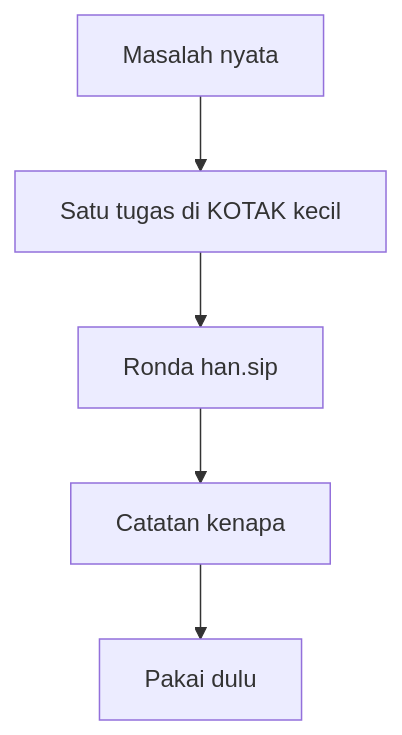
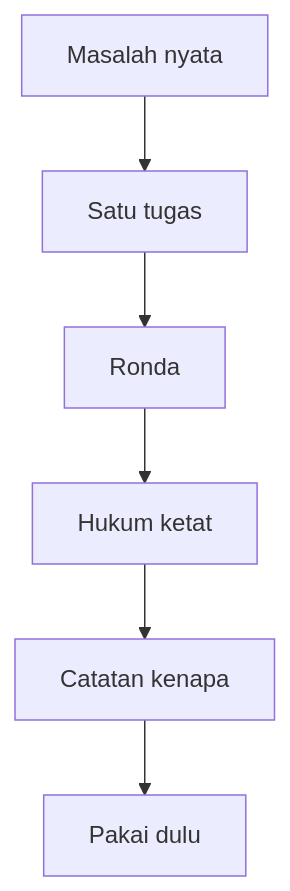
One commit to ganezha/kotak-kecil changed the second of 3 diagrams in WORKFLOW.md. Above: the diagram before and after it, drawn with Mermaid. The commit also changed other lines of this file, not shown here.

````diff
--- a/WORKFLOW.md
+++ b/WORKFLOW.md
@@ -23,7 +45,8 @@
 ```mermaid
 flowchart TD
-  A[Masalah nyata] --> B[Satu tugas di KOTAK kecil]
-  B --> C[Ronda han.sip]
-  C --> D[Catatan kenapa]
-  D --> E[Pakai dulu]
+  A[Masalah nyata] --> B[Satu tugas]
+  B --> C[Ronda]
+  C --> D[Hukum ketat]
+  D --> E[Catatan kenapa]
+  E --> F[Pakai dulu]
 ```
````
